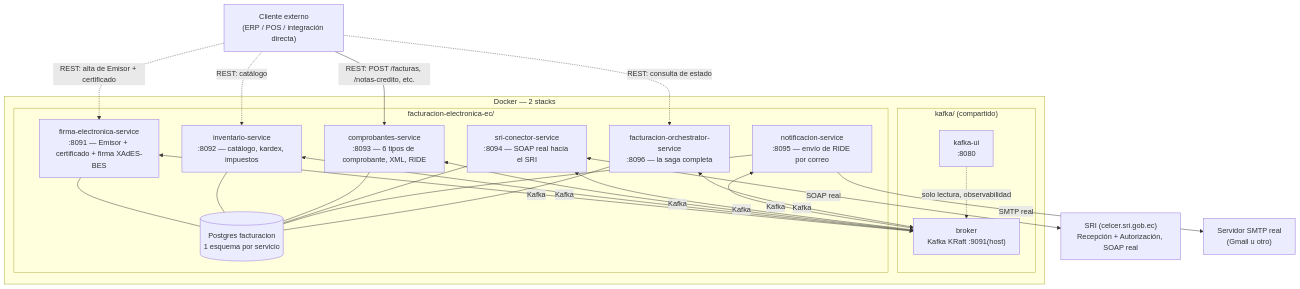
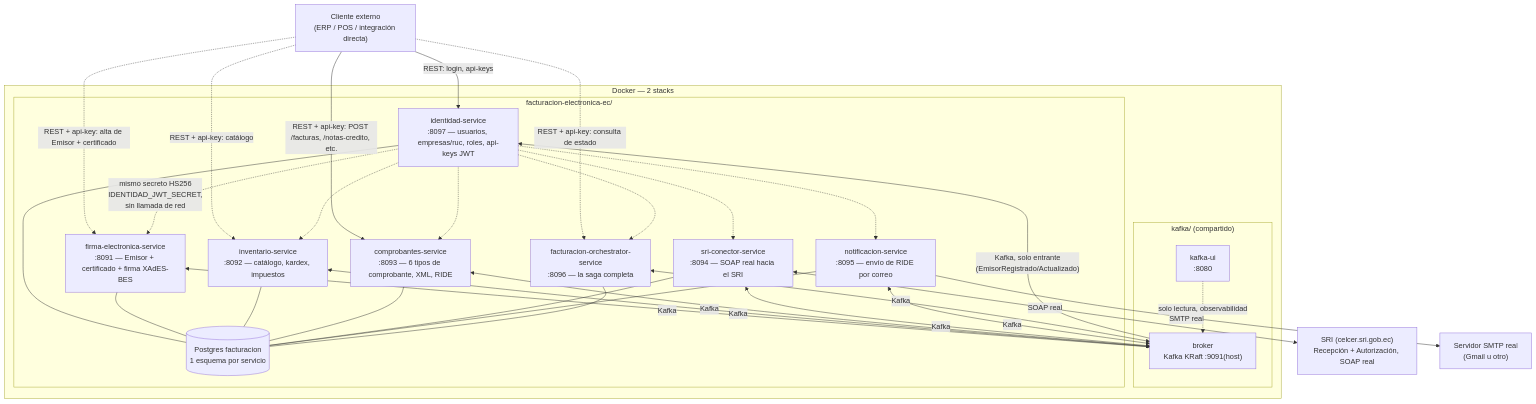
Before and after one commit to ingcharles/docker-kafka: the first of 4 diagrams in facturacion-electronica-ec/ARQUITECTURA.md, drawn with Mermaid. The commit also changed other lines of this file and 122 other files, not shown here.

First line of the commit message:
Agrega identidad-service (auth JWT multi-tenant) y protege los 6 servicios con api-key

````diff
--- a/facturacion-electronica-ec/ARQUITECTURA.md
+++ b/facturacion-electronica-ec/ARQUITECTURA.md
@@ -19,47 +20,58 @@
 ```mermaid
 graph TB
     Cliente["Cliente externo<br/>(ERP / POS / integración directa)"]
     SRI["SRI (celcer.sri.gob.ec)<br/>Recepción + Autorización, SOAP real"]
     Gmail["Servidor SMTP real<br/>(Gmail u otro)"]
 
     subgraph Docker["Docker — 2 stacks"]
         subgraph KafkaStack["kafka/ (compartido)"]
             Broker["broker<br/>Kafka KRaft :9091(host)"]
             KafkaUI["kafka-ui<br/>:8080"]
         end
 
         subgraph FacturacionStack["facturacion-electronica-ec/"]
+            Identidad["identidad-service<br/>:8097 — usuarios, empresas/ruc, roles, api-keys JWT"]
             Firma["firma-electronica-service<br/>:8091 — Emisor + certificado + firma XAdES-BES"]
             Inventario["inventario-service<br/>:8092 — catálogo, kardex, impuestos"]
             Comprobantes["comprobantes-service<br/>:8093 — 6 tipos de comprobante, XML, RIDE"]
             Sri["sri-conector-service<br/>:8094 — SOAP real hacia el SRI"]
             Notificacion["notificacion-service<br/>:8095 — envío de RIDE por correo"]
             Orquestador["facturacion-orchestrator-service<br/>:8096 — la saga completa"]
             DB[("Postgres facturacion<br/>1 esquema por servicio")]
         end
     end
 
-    Cliente -->|"REST: POST /facturas, /notas-credito, etc."| Comprobantes
-    Cliente -.->|"REST: consulta de estado"| Orquestador
-    Cliente -.->|"REST: alta de Emisor + certificado"| Firma
-    Cliente -.->|"REST: catálogo"| Inventario
+    Cliente -->|"REST: login, api-keys"| Identidad
+    Cliente -->|"REST + api-key: POST /facturas, /notas-credito, etc."| Comprobantes
+    Cliente -.->|"REST + api-key: consulta de estado"| Orquestador
+    Cliente -.->|"REST + api-key: alta de Emisor + certificado"| Firma
+    Cliente -.->|"REST + api-key: catálogo"| Inventario
+
+    Identidad -.->|"mismo secreto HS256<br/>IDENTIDAD_JWT_SECRET,<br/>sin llamada de red"| Firma
+    Identidad -.-> Inventario
+    Identidad -.-> Comprobantes
+    Identidad -.-> Sri
+    Identidad -.-> Notificacion
+    Identidad -.-> Orquestador
 
     Firma <-->|Kafka| Broker
     Inventario <-->|Kafka| Broker
     Comprobantes <-->|Kafka| Broker
     Sri <-->|Kafka| Broker
     Notificacion <-->|Kafka| Broker
     Orquestador <-->|Kafka| Broker
+    Broker -->|"Kafka, solo entrante<br/>(EmisorRegistrado/Actualizado)"| Identidad
 
     Sri <-->|"SOAP real"| SRI
     Notificacion -->|"SMTP real"| Gmail
 
+    Identidad --- DB
     Firma --- DB
     Inventario --- DB
     Comprobantes --- DB
     Sri --- DB
     Notificacion --- DB
     Orquestador --- DB
 
     KafkaUI -.->|solo lectura, observabilidad| Broker
 ```
````
